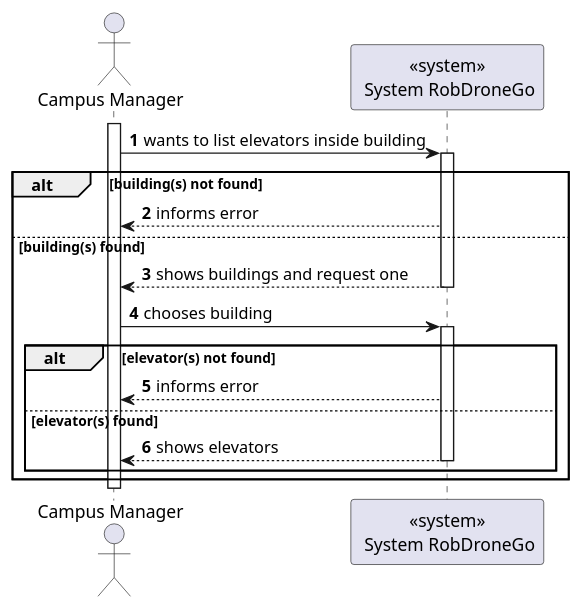
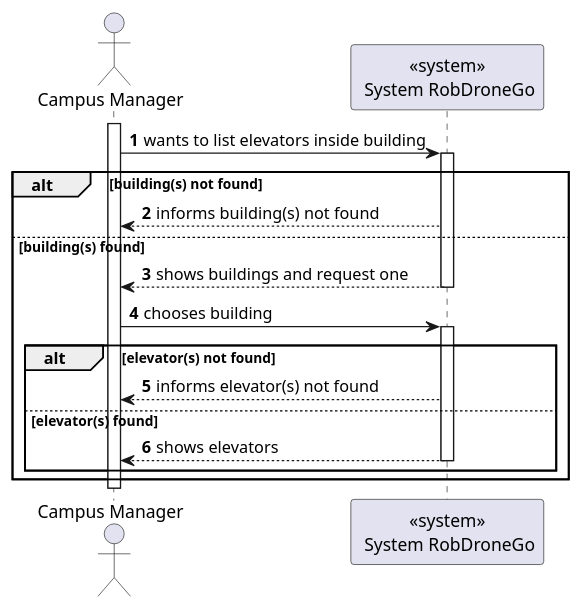
Before and after one commit to Departamento-de-Engenharia-Informatica/lapr5-23-24-g19: the diagram in docs/us1140/level1/process-view.puml, drawn with PlantUML. The commit also changed 6 other files, not shown here.

```diff
--- a/docs/us1140/level1/process-view.puml
+++ b/docs/us1140/level1/process-view.puml
@@ -1,34 +1,34 @@
 @startuml
 autonumber
 
 actor "Campus Manager" as usr
 
 participant "<<system>>\n System RobDroneGo" as sys
 
 activate usr
     usr -> sys : wants to list elevators inside building
     activate sys
 
         alt building(s) not found
-            sys --> usr : informs error
+            sys --> usr : informs building(s) not found
         else building(s) found
             sys --> usr : shows buildings and request one
         deactivate sys
 
     usr -> sys : chooses building
     activate sys
 
         alt elevator(s) not found
-            sys --> usr : informs error
+            sys --> usr : informs elevator(s) not found
         else elevator(s) found
             sys --> usr : shows elevators
         deactivate sys
 
 
 end
 end
     deactivate sys
 
 deactivate usr
 
 @enduml
```
